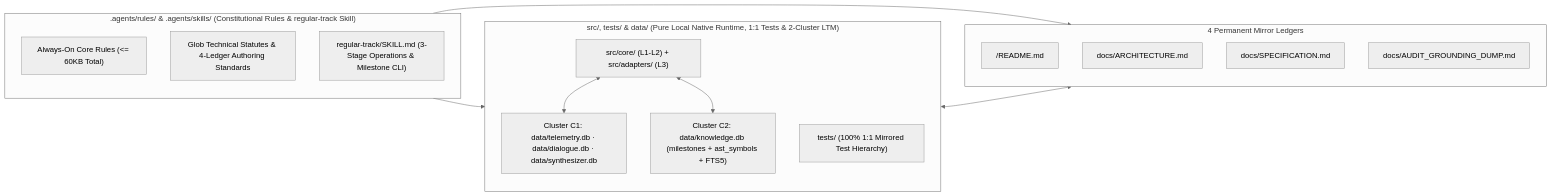
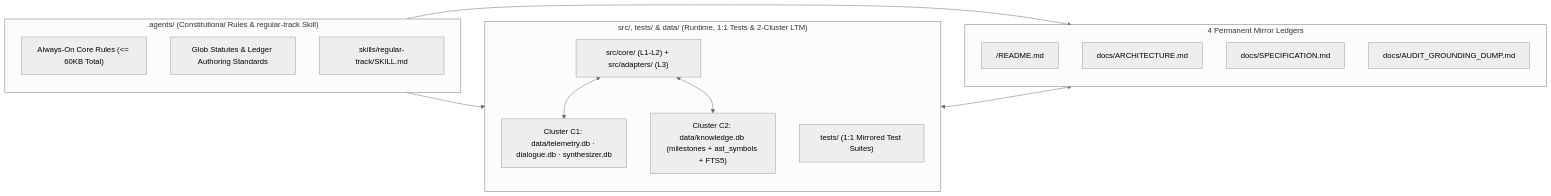
Before and after one commit to jinseobhong/eterna-luminas: the diagram in README.md, drawn with Mermaid (neutral theme). The commit also changed other lines of this file and 12 other files, not shown here.

Commit message:
refactor(rules,docs): strip spec bloat and duplicate prose across engineering rules, skill, and ledgers

````diff
--- a/README.md
+++ b/README.md
@@ -18,27 +18,26 @@
 ```mermaid
 flowchart LR
-    subgraph RULES[".agents/rules/ & .agents/skills/ (Constitutional Rules & regular-track Skill)"]
+    subgraph RULES[".agents/ (Constitutional Rules & regular-track Skill)"]
         ALWAYS["Always-On Core Rules (<= 60KB Total)"]
-        GLOBS["Glob Technical Statutes & 4-Ledger Authoring Standards"]
-        SKILL["regular-track/SKILL.md (3-Stage Operations & Milestone CLI)"]
+        GLOBS["Glob Statutes & Ledger Authoring Standards"]
+        SKILL["skills/regular-track/SKILL.md"]
     end
 
     subgraph LEDGERS["4 Permanent Mirror Ledgers"]
         L_README["/README.md"]
         L_ARCH["docs/ARCHITECTURE.md"]
         L_SPEC["docs/SPECIFICATION.md"]
         L_DUMP["docs/AUDIT_GROUNDING_DUMP.md"]
     end
 
-    subgraph RUNTIME["src/, tests/ & data/ (Pure Local Native Runtime, 1:1 Tests & 2-Cluster LTM)"]
+    subgraph RUNTIME["src/, tests/ & data/ (Runtime, 1:1 Tests & 2-Cluster LTM)"]
         SRC["src/core/ (L1-L2) + src/adapters/ (L3)"]
-        TST["tests/ (100% 1:1 Mirrored Test Hierarchy)"]
-        LTM_INT["Cluster C1: data/telemetry.db · data/dialogue.db · data/synthesizer.db"]
+        TST["tests/ (1:1 Mirrored Test Suites)"]
+        LTM_INT["Cluster C1: data/telemetry.db · dialogue.db · synthesizer.db"]
         LTM_ENG["Cluster C2: data/knowledge.db (milestones + ast_symbols + FTS5)"]
     end
 
-    RULES --> LEDGERS
-    RULES --> RUNTIME
+    RULES --> LEDGERS & RUNTIME
     SRC <--> LTM_INT & LTM_ENG
     RUNTIME <--> LEDGERS
 ```
````
